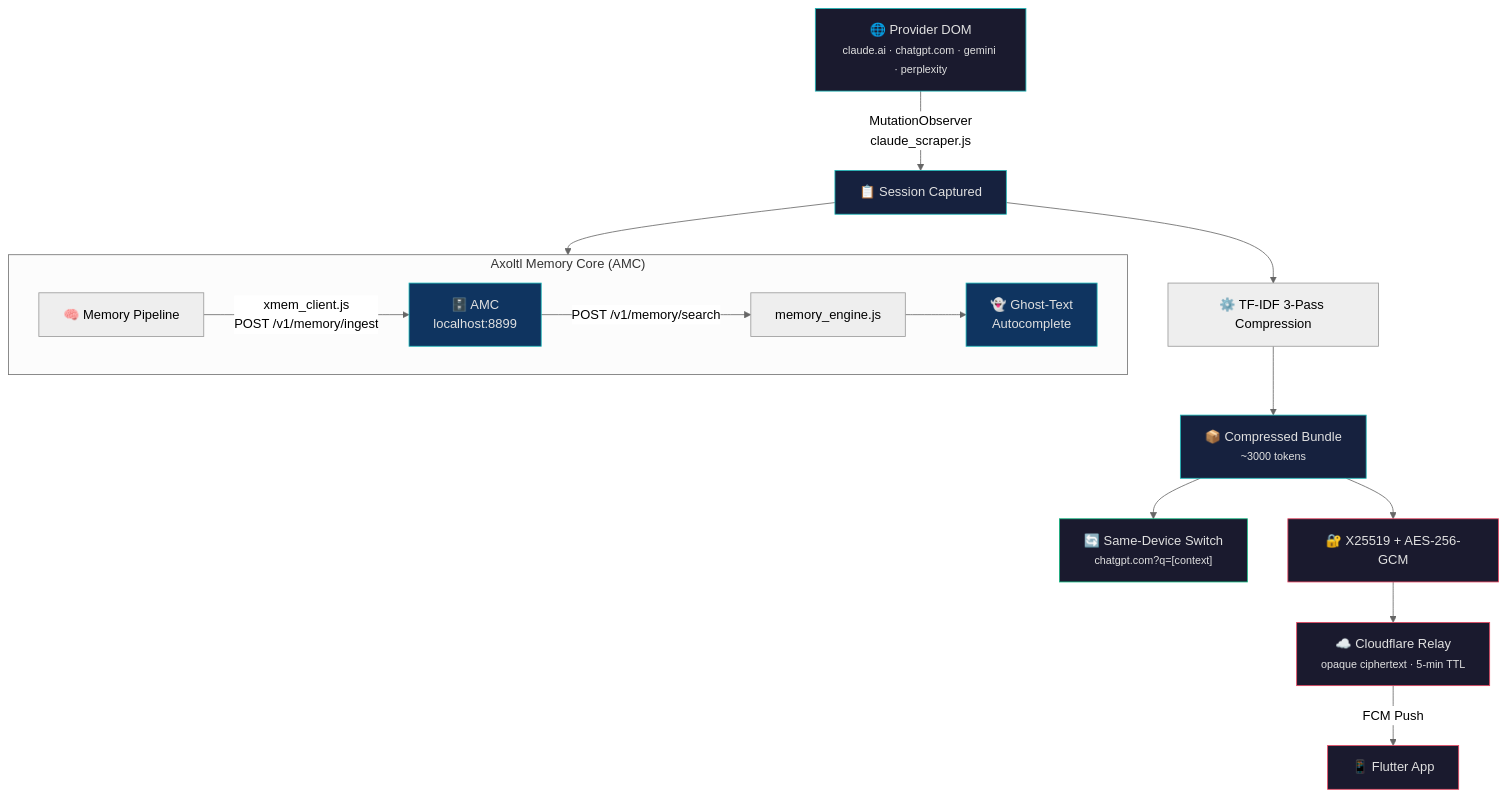
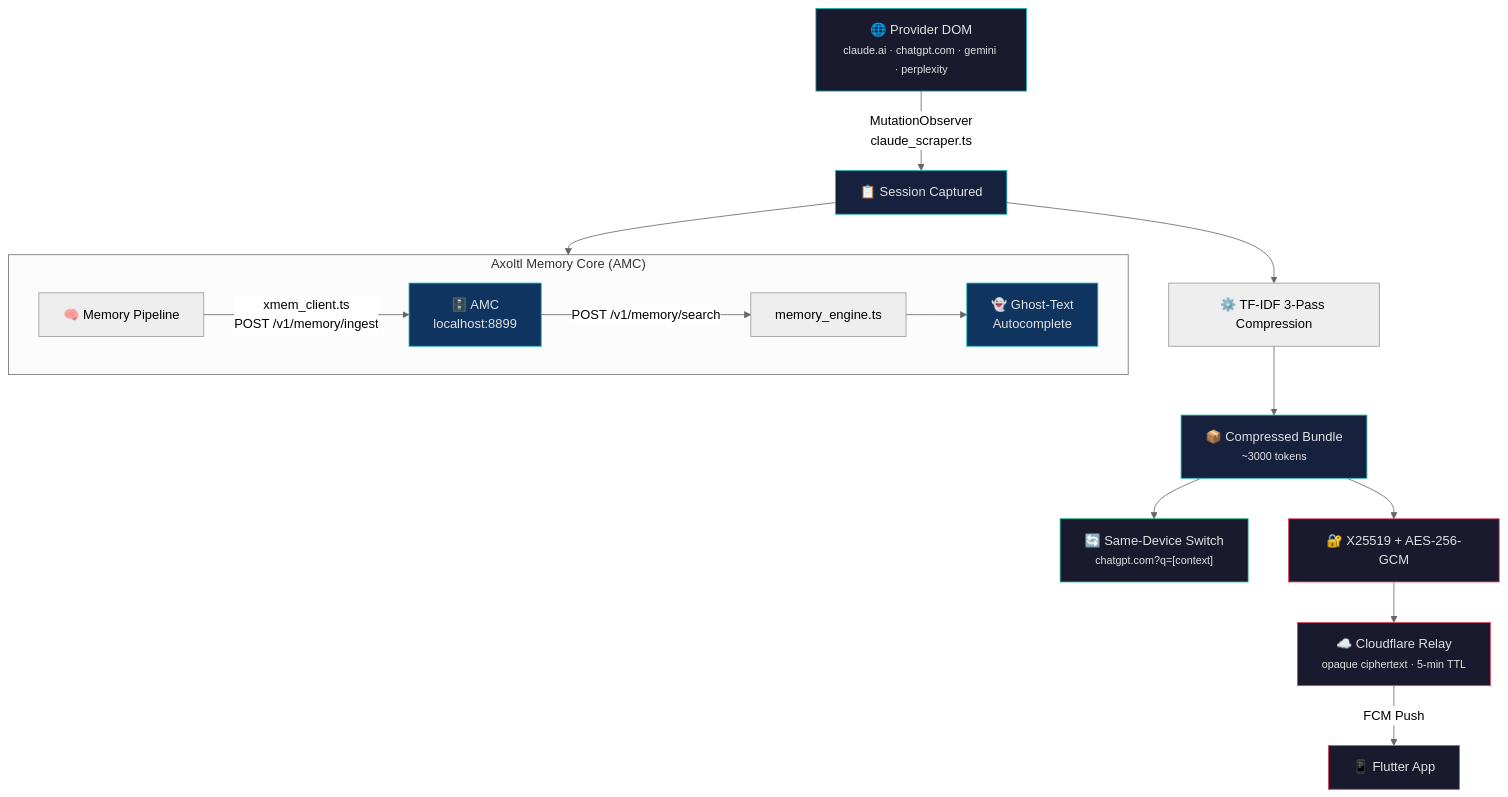
The first of 2 diagrams in README.md (Vishnu-tppr/Axoltl-Extension), drawn with Mermaid (neutral theme) before and after one commit. The commit also changed other lines of this file, not shown here.

````diff
--- a/README.md
+++ b/README.md
@@ -29,34 +29,34 @@
 ```mermaid
 graph TD
     DOM["🌐 Provider DOM<br/><small>claude.ai · chatgpt.com · gemini · perplexity</small>"]
     
-    DOM -->|"MutationObserver<br/>claude_scraper.js"| CAP["📋 Session Captured"]
+    DOM -->|"MutationObserver<br/>claude_scraper.ts"| CAP["📋 Session Captured"]
     
     CAP --> MEM["🧠 Memory Pipeline"]
     CAP --> COMP["⚙️ TF-IDF 3-Pass Compression"]
     
     subgraph mem ["Axoltl Memory Core (AMC)"]
         direction LR
-        MEM -->|"xmem_client.js<br/>POST /v1/memory/ingest"| AMC["🗄️ AMC<br/>localhost:8899"]
-        AMC -->|"POST /v1/memory/search"| ENGINE["memory_engine.js"]
+        MEM -->|"xmem_client.ts<br/>POST /v1/memory/ingest"| AMC["🗄️ AMC<br/>localhost:8899"]
+        AMC -->|"POST /v1/memory/search"| ENGINE["memory_engine.ts"]
         ENGINE --> GHOST["👻 Ghost-Text<br/>Autocomplete"]
     end
     
     COMP --> BUNDLE["📦 Compressed Bundle<br/><small>~3000 tokens</small>"]
     
     BUNDLE --> SWITCH["🔄 Same-Device Switch<br/><small>chatgpt.com?q=[context]</small>"]
     BUNDLE --> ENCRYPT["🔐 X25519 + AES-256-GCM"]
     
     ENCRYPT --> RELAY["☁️ Cloudflare Relay<br/><small>opaque ciphertext · 5-min TTL</small>"]
     RELAY -->|"FCM Push"| PHONE["📱 Flutter App"]
 
     style DOM fill:#1a1a2e,stroke:#1ab8b8,color:#e0e0e0
     style CAP fill:#16213e,stroke:#1ab8b8,color:#e0e0e0
     style BUNDLE fill:#16213e,stroke:#1ab8b8,color:#e0e0e0
     style AMC fill:#0f3460,stroke:#1ab8b8,color:#e0e0e0
     style ENCRYPT fill:#1a1a2e,stroke:#e94560,color:#e0e0e0
     style RELAY fill:#1a1a2e,stroke:#e94560,color:#e0e0e0
     style PHONE fill:#1a1a2e,stroke:#e94560,color:#e0e0e0
     style SWITCH fill:#1a1a2e,stroke:#10b981,color:#e0e0e0
     style GHOST fill:#0f3460,stroke:#1ab8b8,color:#e0e0e0
 ```
````
